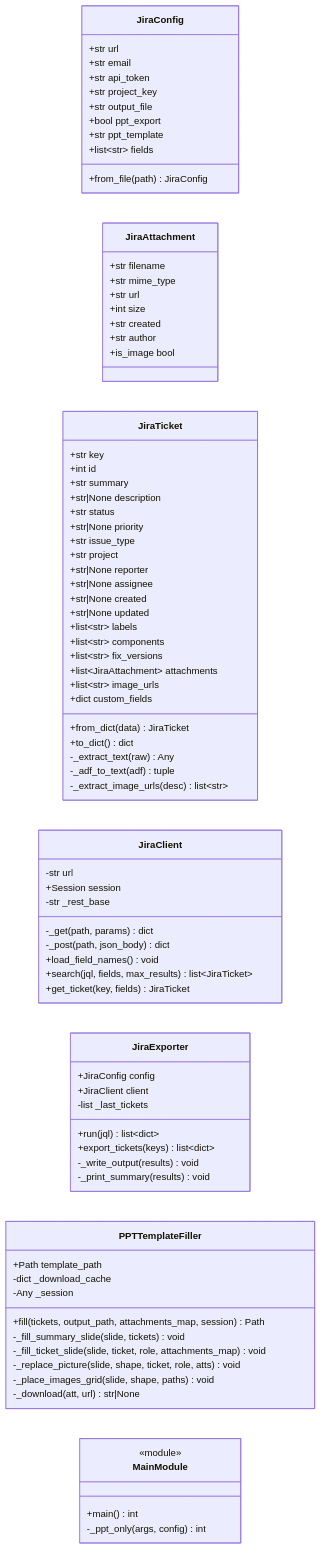
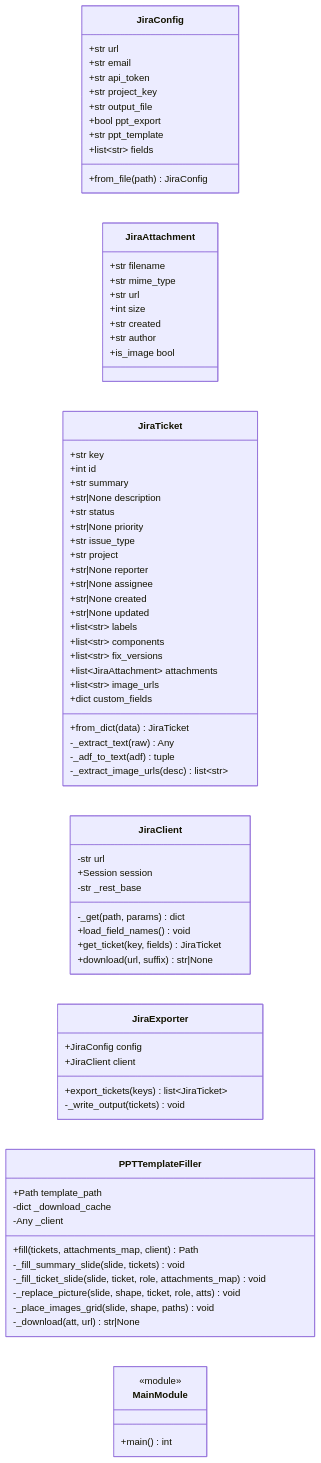
Before and after one commit to baochen-rw/JIRA-exporter: the first of 3 diagrams in design/detailed design.md, drawn with Mermaid. The commit also changed other lines of this file and 14 other files, not shown here.

````diff
--- a/design/detailed design.md
+++ b/design/detailed design.md
@@ -49,7 +49,6 @@
         +list~str~ image_urls
         +dict custom_fields
         +from_dict(data) JiraTicket
-        +to_dict() dict
         -_extract_text(raw) Any
         -_adf_to_text(adf) tuple
         -_extract_image_urls(desc) list~str~
@@ -60,27 +59,23 @@
         +Session session
         -str _rest_base
         -_get(path, params) dict
-        -_post(path, json_body) dict
         +load_field_names() void
-        +search(jql, fields, max_results) list~JiraTicket~
         +get_ticket(key, fields) JiraTicket
+        +download(url, suffix) str|None
     }
 
     class JiraExporter {
         +JiraConfig config
         +JiraClient client
-        -list _last_tickets
-        +run(jql) list~dict~
-        +export_tickets(keys) list~dict~
-        -_write_output(results) void
-        -_print_summary(results) void
+        +export_tickets(keys) list~JiraTicket~
+        -_write_output(tickets) void
     }
 
     class PPTTemplateFiller {
         +Path template_path
         -dict _download_cache
-        -Any _session
-        +fill(tickets, output_path, attachments_map, session) Path
+        -Any _client
+        +fill(tickets, attachments_map, client) Path
         -_fill_summary_slide(slide, tickets) void
         -_fill_ticket_slide(slide, ticket, role, attachments_map) void
         -_replace_picture(slide, shape, ticket, role, atts) void
@@ -91,6 +86,5 @@
     class MainModule {
         <<module>>
         +main() int
-        -_ppt_only(args, config) int
     }
 ```
````
